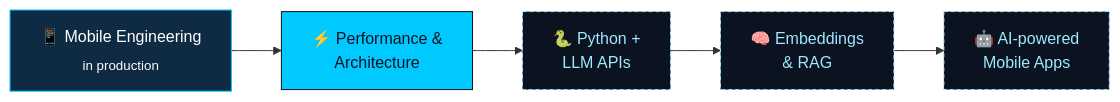
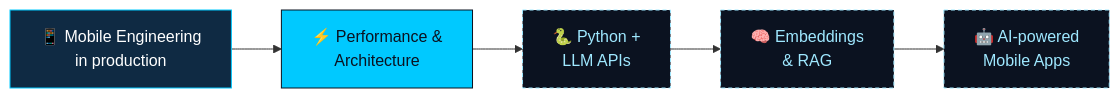
One commit to Awais-Chandio/Awais-Chandio changed the fourth of 4 diagrams in README.md. Above: the diagram before and after it, drawn with Mermaid. The commit also changed other lines of this file, not shown here.

````diff
--- a/README.md
+++ b/README.md
@@ -269,13 +282,13 @@
 ```mermaid
 flowchart LR
-    A[📱 Mobile Engineering<br/><sub>in production</sub>] --> B[⚡ Performance &<br/>Architecture]
-    B --> C[🐍 Python +<br/>LLM APIs]
-    C --> D[🧠 Embeddings<br/>& RAG]
-    D --> E[🤖 AI-powered<br/>Mobile Apps]
+    A["📱 Mobile Engineering<br/>in production"] --> B["⚡ Performance &<br/>Architecture"]
+    B --> C["🐍 Python +<br/>LLM APIs"]
+    C --> D["🧠 Embeddings<br/>& RAG"]
+    D --> E["🤖 AI-powered<br/>Mobile Apps"]
     classDef done fill:#0F2A43,stroke:#00C9FF,color:#ffffff
     classDef now fill:#00C9FF,stroke:#0B1220,color:#0B1220
     classDef next fill:#0B1220,stroke:#9FE8FF,color:#9FE8FF,stroke-dasharray:4 3
     class A done
     class B now
     class C,D,E next
 ```
````
